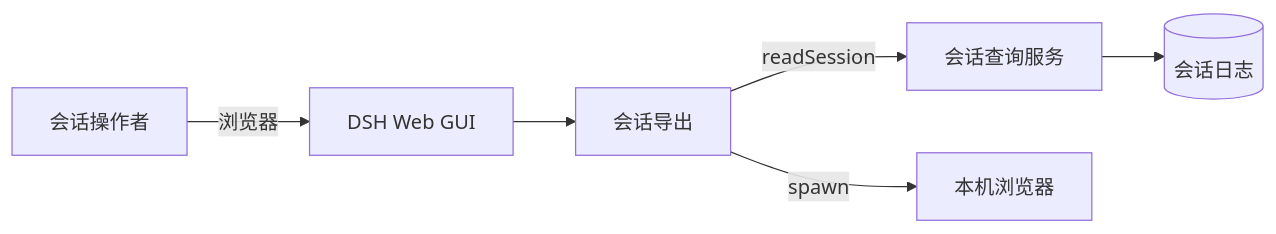
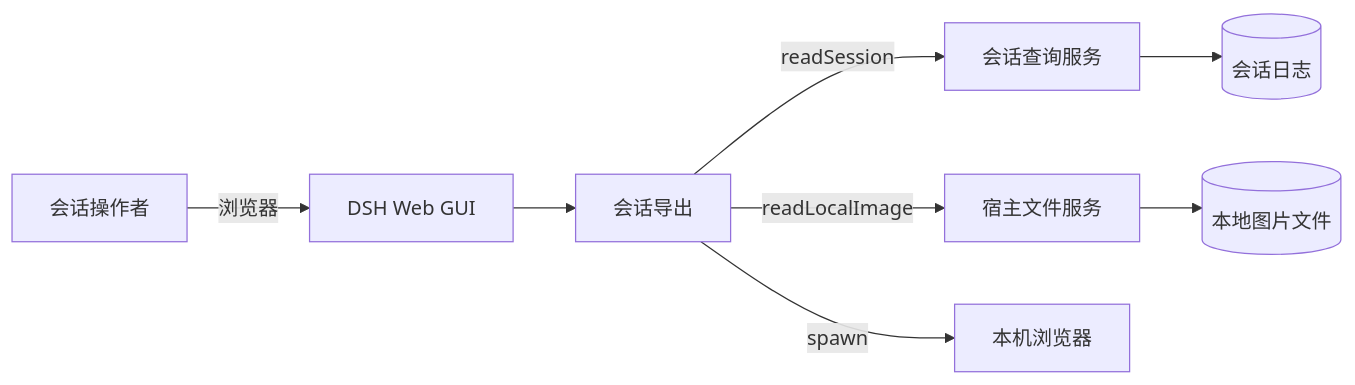
The first of 6 diagrams in SOLUTION.md (ccll/dsh-export-pdf), drawn with Mermaid before and after one commit. The commit also changed other lines of this file and 19 other files, not shown here.

First line of the commit message:
⭐ 功能(export-pdf): 嵌入原图覆盖 Markdown 本地图片（T-015）

````diff
--- a/SOLUTION.md
+++ b/SOLUTION.md
@@ -55,8 +55,10 @@
 ```mermaid
 flowchart LR
   user[会话操作者] -->|浏览器| gui[DSH Web GUI]
   gui --> plugin[会话导出]
   plugin -->|readSession| query[会话查询服务]
   query --> log[(会话日志)]
+  plugin -->|readLocalImage| files[宿主文件服务]
+  files --> image[(本地图片文件)]
   plugin -->|spawn| browser[本机浏览器]
 ```
````
